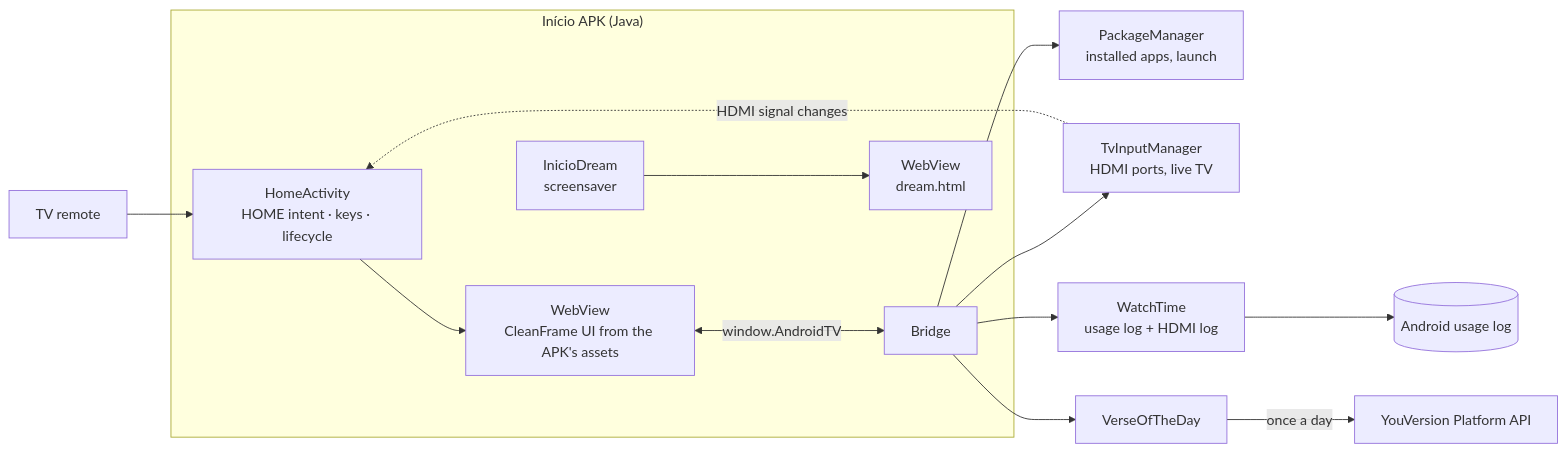
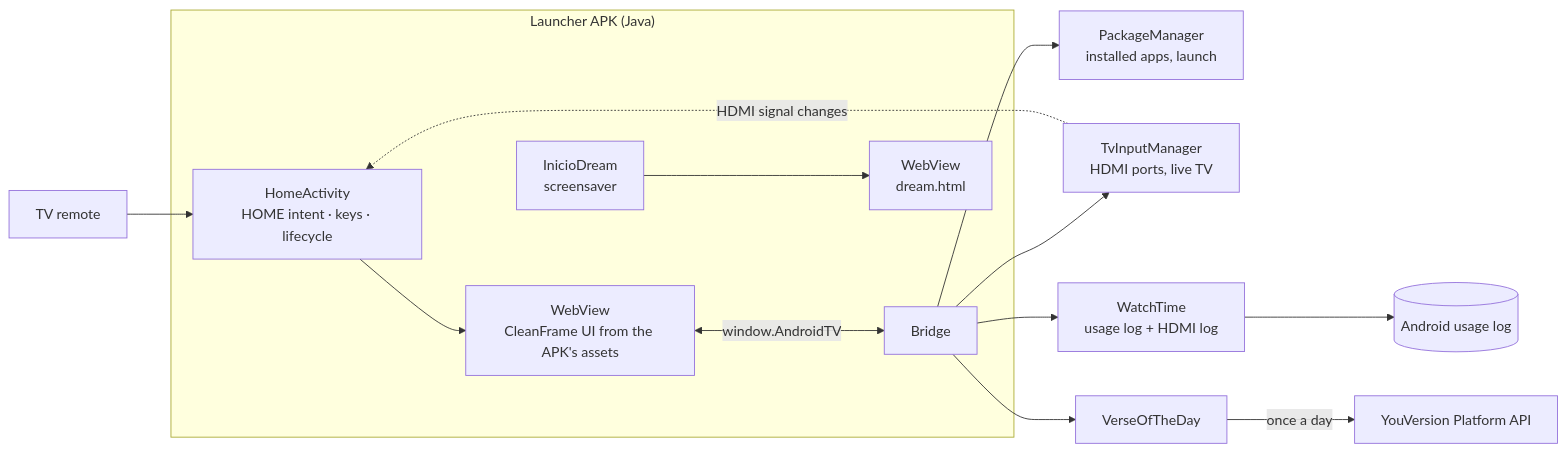
The diagram in README.md (davidr44/android-tv-web-launcher), drawn with Mermaid before and after one commit. The commit also changed other lines of this file and 10 other files, not shown here.

````diff
--- a/README.md
+++ b/README.md
@@ -71,16 +77,16 @@
 ```mermaid
 flowchart LR
     R[TV remote] --> H
-    subgraph APK["Início APK (Java)"]
+    subgraph APK["Launcher APK (Java)"]
         H[HomeActivity<br/>HOME intent · keys · lifecycle] --> W[WebView<br/>CleanFrame UI from the APK's assets]
         W <-->|"window.AndroidTV"| B[Bridge]
         D[InicioDream<br/>screensaver] --> W2[WebView<br/>dream.html]
     end
     B --> PM[PackageManager<br/>installed apps, launch]
     B --> TI[TvInputManager<br/>HDMI ports, live TV]
     B --> WT[WatchTime<br/>usage log + HDMI log]
     B --> V[VerseOfTheDay]
     WT --> U[(Android usage log)]
     V -->|"once a day"| Y[YouVersion Platform API]
     TI -.->|"HDMI signal changes"| H
 ```
````
